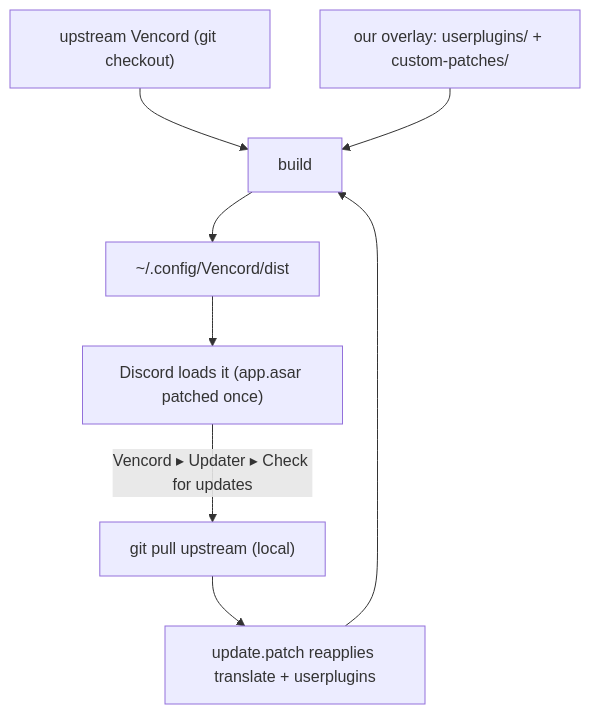
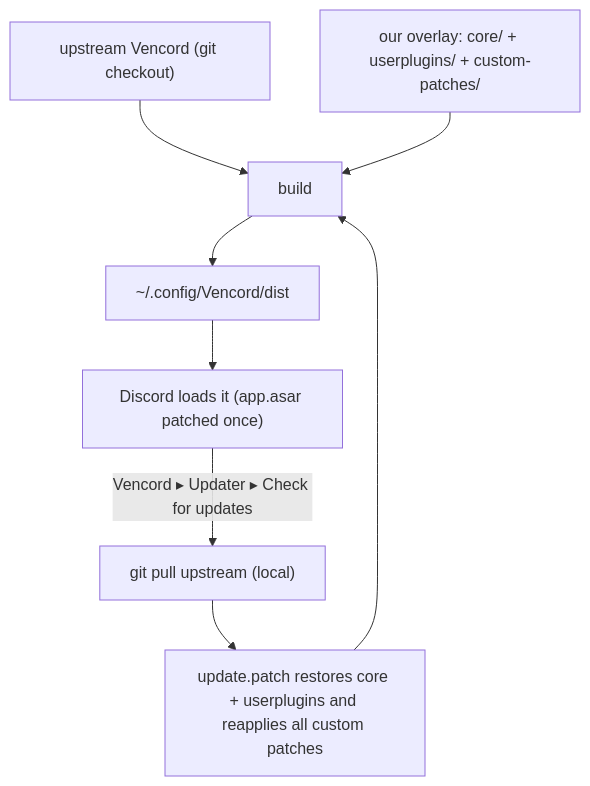
Before and after one commit to DarkPhilosophy/v: the diagram in .github/README.md, drawn with Mermaid. The commit also changed other lines of this file and 14 other files, not shown here.

````diff
--- a/.github/README.md
+++ b/.github/README.md
@@ -24,10 +25,10 @@
 ```mermaid
 graph TD
   X["upstream Vencord (git checkout)"] --> B["build"]
-  Y["our overlay: userplugins/ + custom-patches/"] --> B
+  Y["our overlay: core/ + userplugins/ + custom-patches/"] --> B
   B --> D["~/.config/Vencord/dist"]
   D --> DC["Discord loads it (app.asar patched once)"]
   DC -->|"Vencord ▸ Updater ▸ Check for updates"| GP["git pull upstream (local)"]
-  GP --> RA["update.patch reapplies translate + userplugins"]
+  GP --> RA["update.patch restores core + userplugins and reapplies all custom patches"]
   RA --> B
 ```
````
